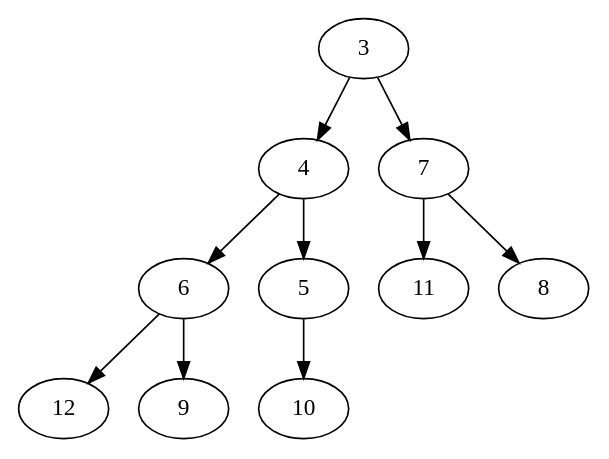
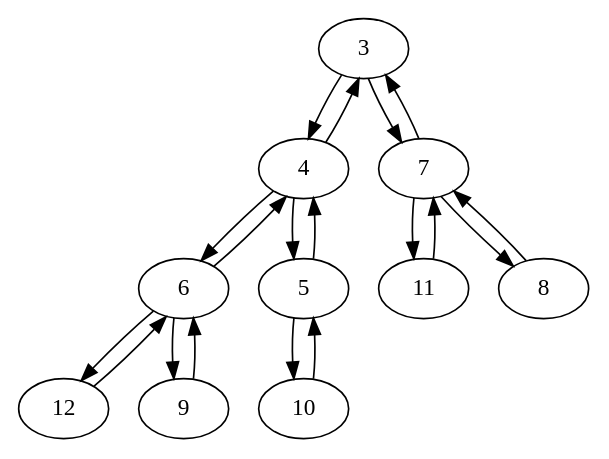
The diagram in project1/graph.dot (madsravn/datastructures), drawn with Graphviz before and after one commit. The commit also changed 3 other files, not shown here.

```diff
--- a/project1/graph.dot
+++ b/project1/graph.dot
@@ -1,13 +1,22 @@
 digraph G {
 
 3 -> 4
 4 -> 6
 6 -> 12
+12 -> 6
 6 -> 9
+9 -> 6
+6 -> 4
 4 -> 5
 5 -> 10
+10 -> 5
+5 -> 4
+4 -> 3
 3 -> 7
 7 -> 11
+11 -> 7
 7 -> 8
+8 -> 7
+7 -> 3
 
 }
```
